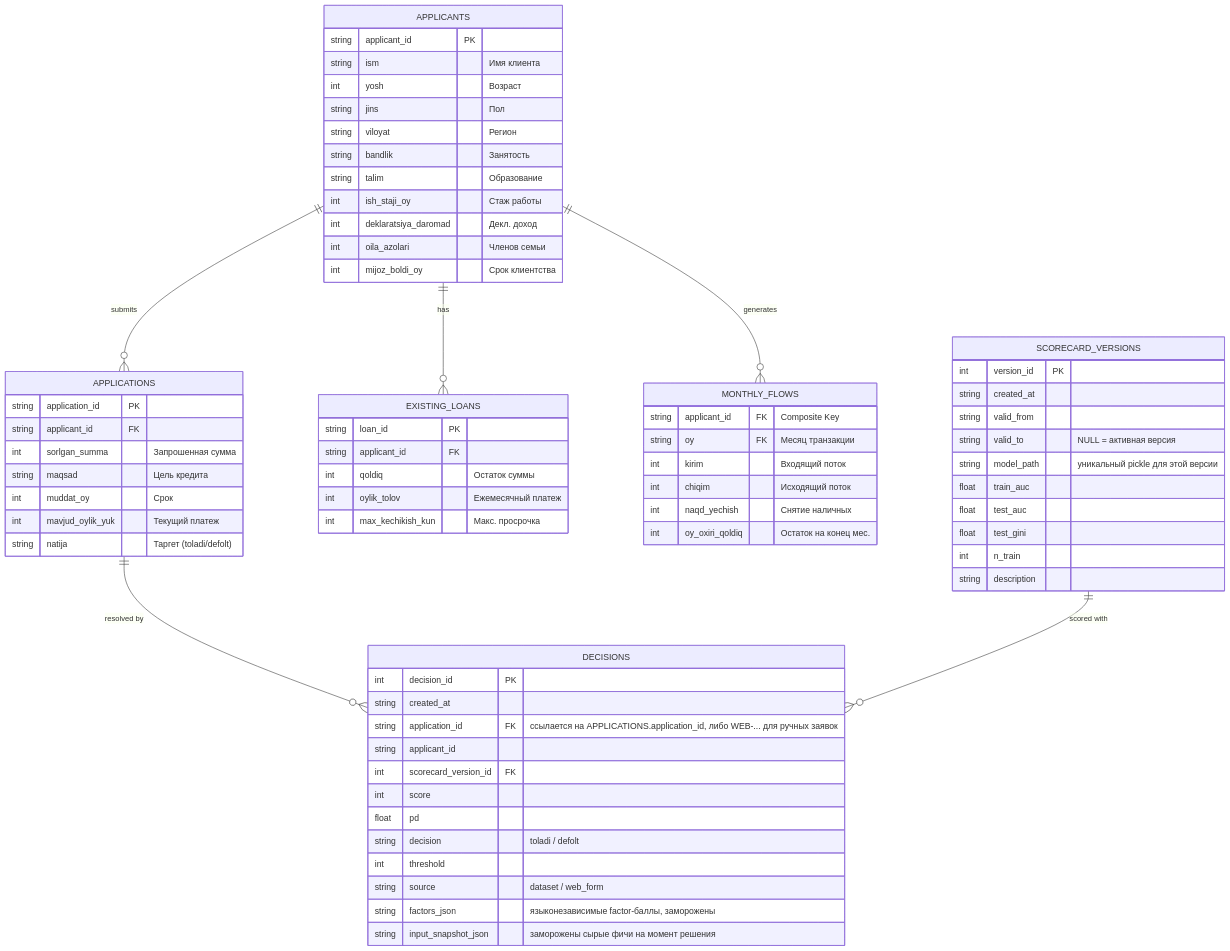
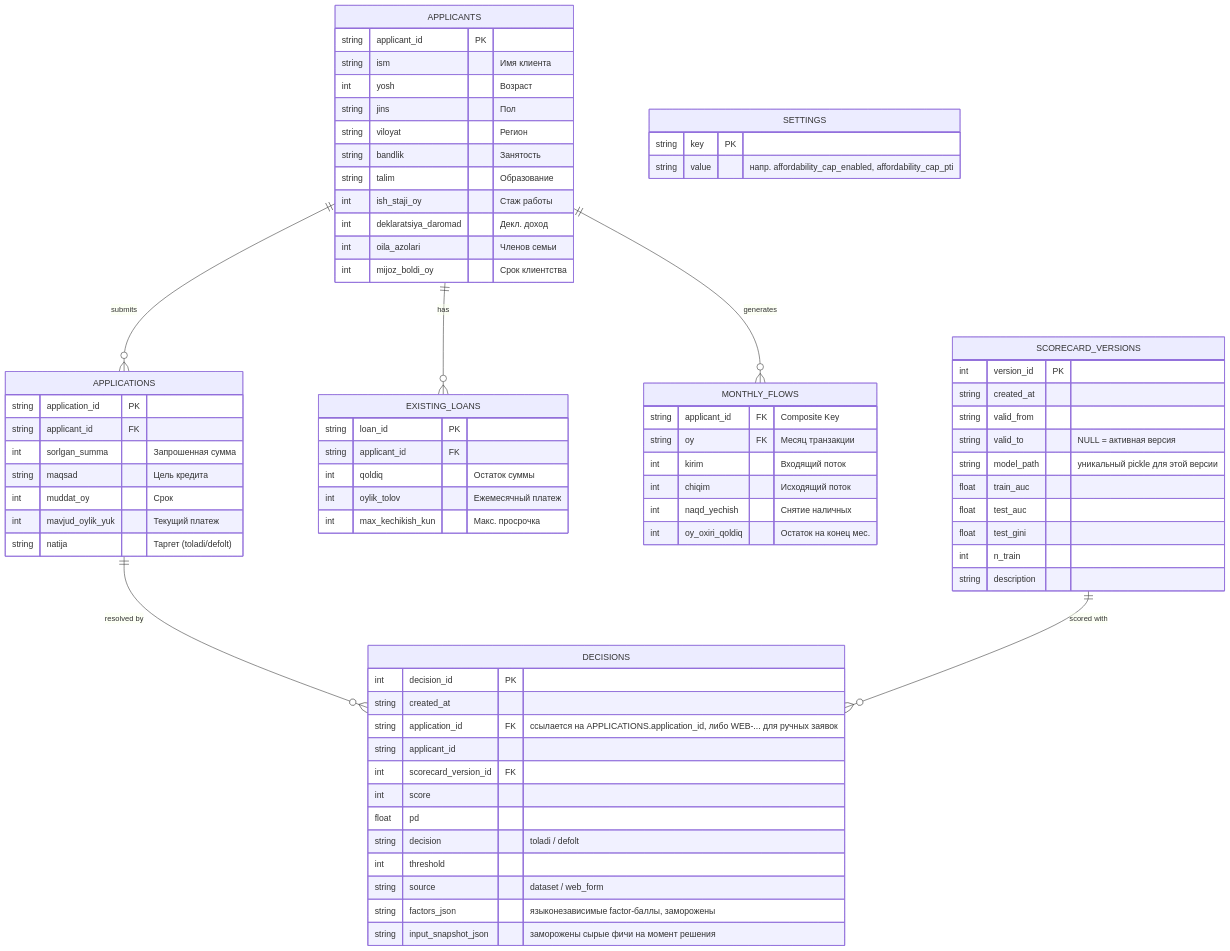
One commit to KennyNescius/scoring_credit_applications changed the diagram in ERD.md. Above: the diagram before and after it, drawn with Mermaid. The commit also changed other lines of this file and 4 other files, not shown here.

First line of the commit message:
Sync docs with the affordability-cap toggle and settings table

````diff
--- a/ERD.md
+++ b/ERD.md
@@ -8,77 +9,82 @@
 ```mermaid
 erDiagram
     APPLICANTS {
         string applicant_id PK
         string ism "Имя клиента"
         int yosh "Возраст"
         string jins "Пол"
         string viloyat "Регион"
         string bandlik "Занятость"
         string talim "Образование"
         int ish_staji_oy "Стаж работы"
         int deklaratsiya_daromad "Декл. доход"
         int oila_azolari "Членов семьи"
         int mijoz_boldi_oy "Срок клиентства"
     }
 
     APPLICATIONS {
         string application_id PK
         string applicant_id FK
         int sorlgan_summa "Запрошенная сумма"
         string maqsad "Цель кредита"
         int muddat_oy "Срок"
         int mavjud_oylik_yuk "Текущий платеж"
         string natija "Таргет (toladi/defolt)"
     }
 
     EXISTING_LOANS {
         string loan_id PK
         string applicant_id FK
         int qoldiq "Остаток суммы"
         int oylik_tolov "Ежемесячный платеж"
         int max_kechikish_kun "Макс. просрочка"
     }
 
     MONTHLY_FLOWS {
         string applicant_id FK "Composite Key"
         string oy FK "Месяц транзакции"
         int kirim "Входящий поток"
         int chiqim "Исходящий поток"
         int naqd_yechish "Снятие наличных"
         int oy_oxiri_qoldiq "Остаток на конец мес."
     }
 
     SCORECARD_VERSIONS {
         int version_id PK
         string created_at
         string valid_from
         string valid_to "NULL = активная версия"
         string model_path "уникальный pickle для этой версии"
         float train_auc
         float test_auc
         float test_gini
         int n_train
         string description
     }
 
     DECISIONS {
         int decision_id PK
         string created_at
         string application_id FK "ссылается на APPLICATIONS.application_id, либо WEB-...  для ручных заявок"
         string applicant_id
         int scorecard_version_id FK
         int score
         float pd
         string decision "toladi / defolt"
         int threshold
         string source "dataset / web_form"
         string factors_json "языконезависимые factor-баллы, заморожены"
         string input_snapshot_json "заморожены сырые фичи на момент решения"
     }
 
+    SETTINGS {
+        string key PK
+        string value "напр. affordability_cap_enabled, affordability_cap_pti"
+    }
+
     APPLICANTS ||--o{ APPLICATIONS : "submits"
     APPLICANTS ||--o{ EXISTING_LOANS : "has"
     APPLICANTS ||--o{ MONTHLY_FLOWS : "generates"
     APPLICATIONS ||--o{ DECISIONS : "resolved by"
     SCORECARD_VERSIONS ||--o{ DECISIONS : "scored with"
 ```
````
